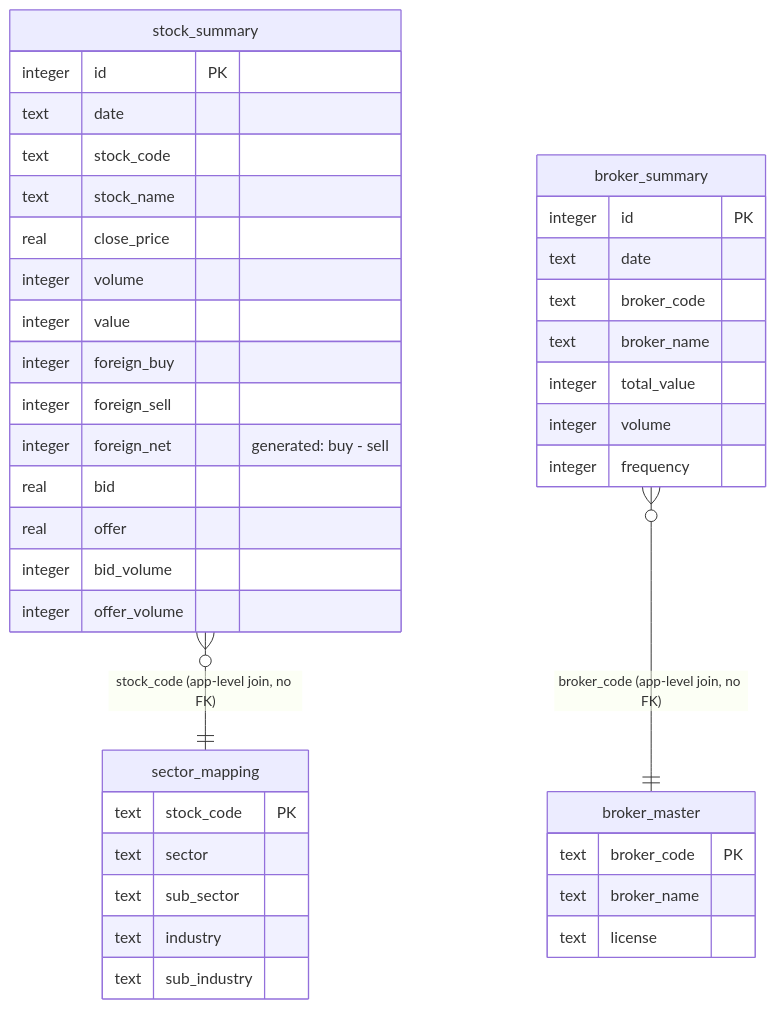
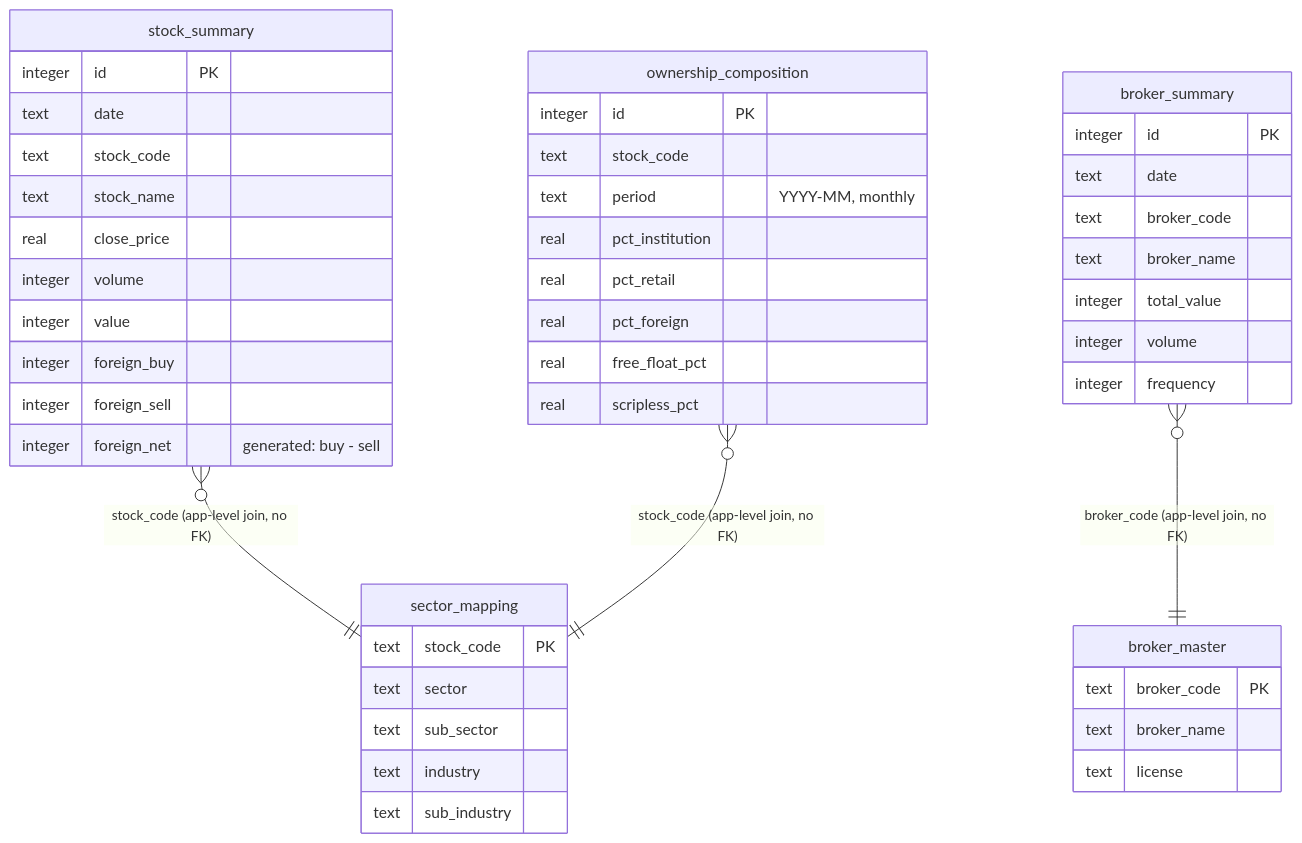
Before and after one commit to osindo-dev/elona: the diagram in docs/schema-diagram.md, drawn with Mermaid. The commit also changed other lines of this file and 2 other files, not shown here.

First line of the commit message:
fix: correct Balance Position Chart schema (ownership composition, not order book)

````diff
--- a/docs/schema-diagram.md
+++ b/docs/schema-diagram.md
@@ -9,46 +21,54 @@
 ```mermaid
 erDiagram
     stock_summary {
         integer id PK
         text date
         text stock_code
         text stock_name
         real close_price
         integer volume
         integer value
         integer foreign_buy
         integer foreign_sell
         integer foreign_net "generated: buy - sell"
-        real bid
-        real offer
-        integer bid_volume
-        integer offer_volume
     }
 
     broker_summary {
         integer id PK
         text date
         text broker_code
         text broker_name
         integer total_value
         integer volume
         integer frequency
     }
 
     broker_master {
         text broker_code PK
         text broker_name
         text license
     }
 
     sector_mapping {
         text stock_code PK
         text sector
         text sub_sector
         text industry
         text sub_industry
     }
 
+    ownership_composition {
+        integer id PK
+        text stock_code
+        text period "YYYY-MM, monthly"
+        real pct_institution
+        real pct_retail
+        real pct_foreign
+        real free_float_pct
+        real scripless_pct
+    }
+
     broker_summary }o--|| broker_master : "broker_code (app-level join, no FK)"
     stock_summary }o--|| sector_mapping : "stock_code (app-level join, no FK)"
+    ownership_composition }o--|| sector_mapping : "stock_code (app-level join, no FK)"
 ```
````
